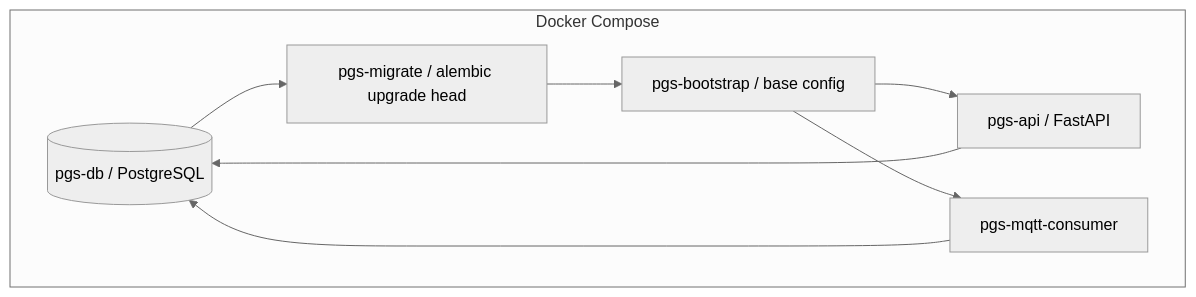
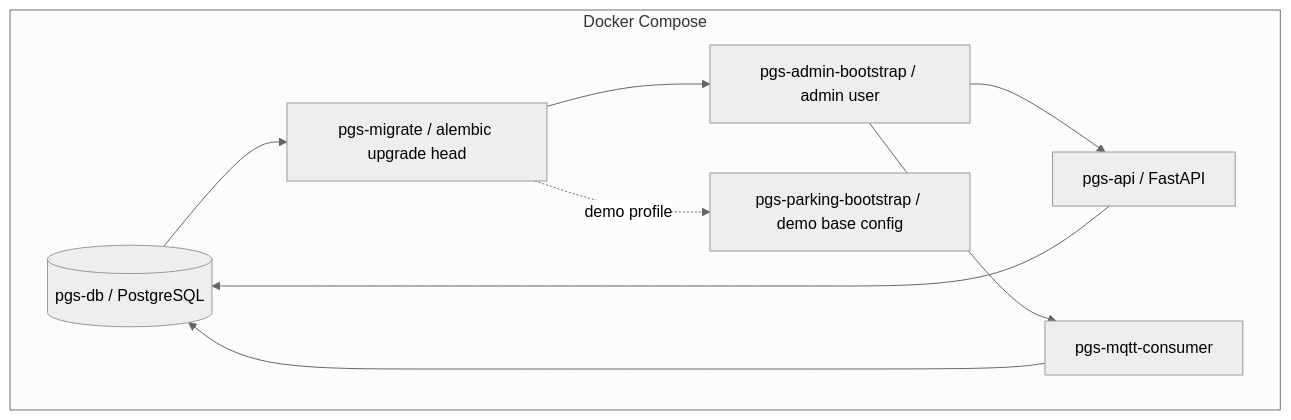
The second of 5 diagrams in README.md (marlenovtilek/pgs), drawn with Mermaid (neutral theme) before and after one commit. The commit also changed other lines of this file and 26 other files, not shown here.

Commit message:
Make parking config dynamic and refine admin

````diff
--- a/README.md
+++ b/README.md
@@ -50,17 +50,19 @@
 ```mermaid
 flowchart TB
     subgraph Docker Compose
         DB[(pgs-db / PostgreSQL)]
         Migrate[pgs-migrate / alembic upgrade head]
-        Bootstrap[pgs-bootstrap / base config]
+        AdminBootstrap[pgs-admin-bootstrap / admin user]
+        ParkingBootstrap[pgs-parking-bootstrap / demo base config]
         API[pgs-api / FastAPI]
         Consumer[pgs-mqtt-consumer]
     end
 
     DB --> Migrate
-    Migrate --> Bootstrap
-    Bootstrap --> API
-    Bootstrap --> Consumer
+    Migrate --> AdminBootstrap
+    AdminBootstrap --> API
+    AdminBootstrap --> Consumer
+    Migrate -. demo profile .-> ParkingBootstrap
     Consumer --> DB
     API --> DB
 ```
````
